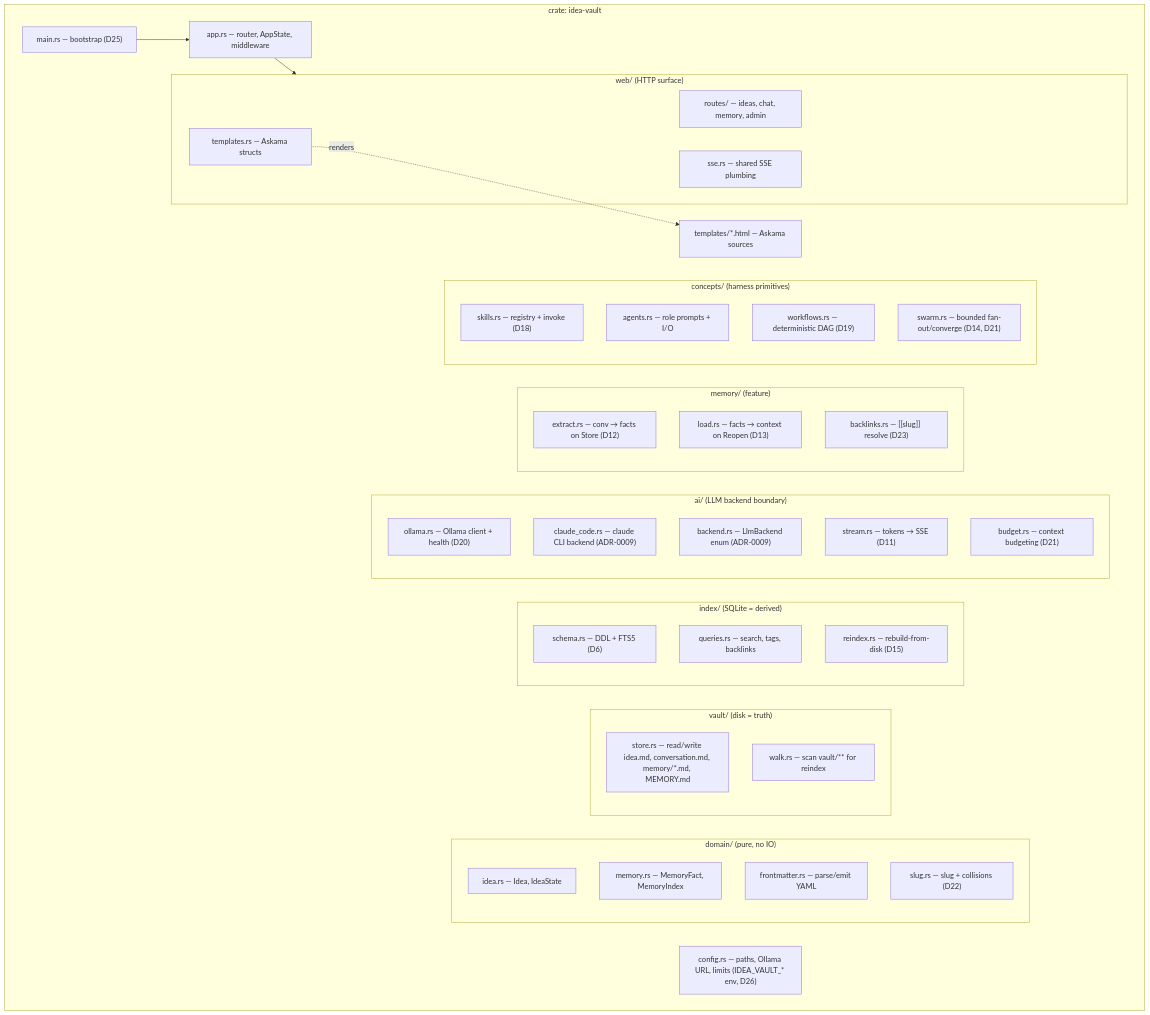
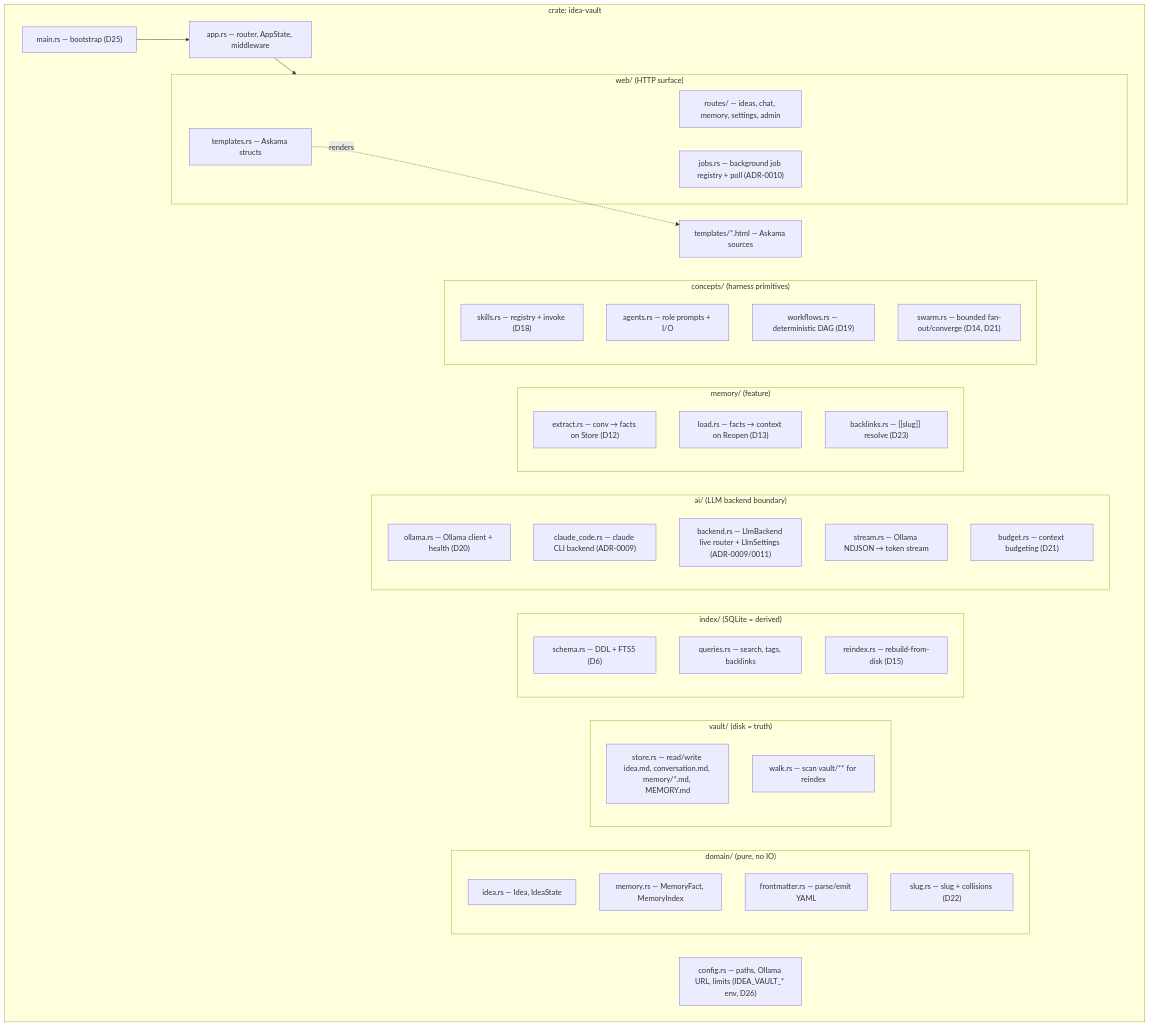
Before and after one commit to jasdian/idea-vault: the first of 2 diagrams in docs/02-module-reference.md, drawn with Mermaid. The commit also changed other lines of this file and 19 other files, not shown here.

````diff
--- a/docs/02-module-reference.md
+++ b/docs/02-module-reference.md
@@ -13,58 +13,58 @@
 ```mermaid
 flowchart TB
     subgraph crate["crate: idea-vault"]
         MAIN["main.rs — bootstrap (D25)"]
         APP["app.rs — router, AppState, middleware"]
         CFG["config.rs — paths, Ollama URL, limits (IDEA_VAULT_* env, D26)"]
 
         subgraph domain["domain/ (pure, no IO)"]
             D_IDEA["idea.rs — Idea, IdeaState"]
             D_MEM["memory.rs — MemoryFact, MemoryIndex"]
             D_FM["frontmatter.rs — parse/emit YAML"]
             D_SLUG["slug.rs — slug + collisions (D22)"]
         end
 
         subgraph vault["vault/ (disk = truth)"]
             V_STORE["store.rs — read/write idea.md, conversation.md, memory/*.md, MEMORY.md"]
             V_WALK["walk.rs — scan vault/** for reindex"]
         end
 
         subgraph index["index/ (SQLite = derived)"]
             I_SCHEMA["schema.rs — DDL + FTS5 (D6)"]
             I_QUERY["queries.rs — search, tags, backlinks"]
             I_REIDX["reindex.rs — rebuild-from-disk (D15)"]
         end
 
         subgraph ai["ai/ (LLM backend boundary)"]
             A_OLL["ollama.rs — Ollama client + health (D20)"]
             A_CC["claude_code.rs — claude CLI backend (ADR-0009)"]
-            A_BK["backend.rs — LlmBackend enum (ADR-0009)"]
-            A_STREAM["stream.rs — tokens → SSE (D11)"]
+            A_BK["backend.rs — LlmBackend live router + LlmSettings (ADR-0009/0011)"]
+            A_STREAM["stream.rs — Ollama NDJSON → token stream"]
             A_BUDGET["budget.rs — context budgeting (D21)"]
         end
 
         subgraph memory["memory/ (feature)"]
             M_EXTRACT["extract.rs — conv → facts on Store (D12)"]
             M_LOAD["load.rs — facts → context on Reopen (D13)"]
             M_BACK["backlinks.rs — [[slug]] resolve (D23)"]
         end
 
         subgraph concepts["concepts/ (harness primitives)"]
             C_SKILL["skills.rs — registry + invoke (D18)"]
             C_AGENT["agents.rs — role prompts + I/O"]
             C_WF["workflows.rs — deterministic DAG (D19)"]
             C_SWARM["swarm.rs — bounded fan-out/converge (D14, D21)"]
         end
 
         subgraph web["web/ (HTTP surface)"]
-            W_ROUTES["routes/ — ideas, chat, memory, admin"]
-            W_SSE["sse.rs — shared SSE plumbing"]
+            W_ROUTES["routes/ — ideas, chat, memory, settings, admin"]
+            W_JOBS["jobs.rs — background job registry + poll (ADR-0010)"]
             W_TMPL["templates.rs — Askama structs"]
         end
 
         TEMPLATES["templates/*.html — Askama sources"]
     end
 
     MAIN --> APP --> web
     W_TMPL -.renders.-> TEMPLATES
 ```
````
